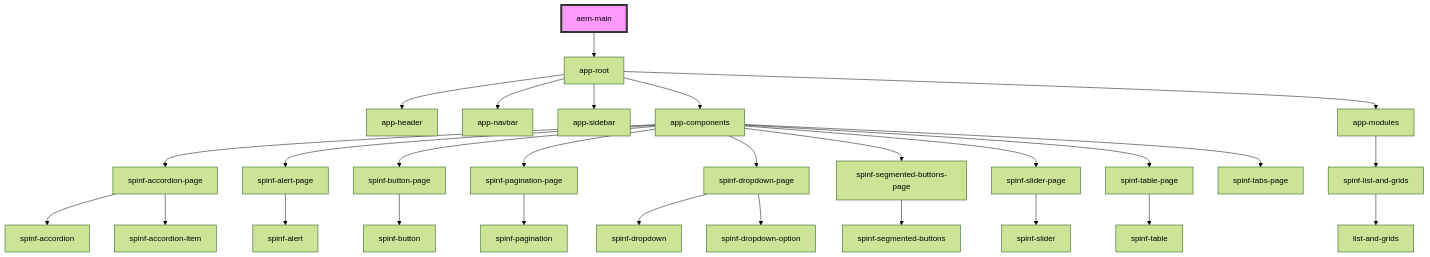
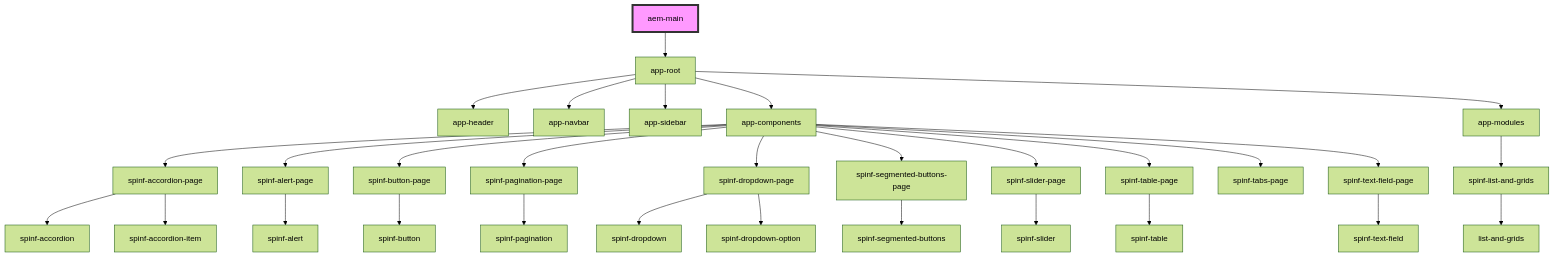
One commit to Diego-Dos-Santos-Accenture/spain-info-stencil changed the diagram in src/readme.md. Above: the diagram before and after it, drawn with Mermaid (forest theme). The commit also changed 22 other files, not shown here.

````diff
--- a/src/readme.md
+++ b/src/readme.md
@@ -15,31 +15,33 @@
 ```mermaid
 graph TD;
   aem-main --> app-root
   app-root --> app-header
   app-root --> app-navbar
   app-root --> app-sidebar
   app-root --> app-components
   app-root --> app-modules
   app-components --> spinf-accordion-page
   app-components --> spinf-alert-page
   app-components --> spinf-button-page
   app-components --> spinf-pagination-page
   app-components --> spinf-dropdown-page
   app-components --> spinf-segmented-buttons-page
   app-components --> spinf-slider-page
   app-components --> spinf-table-page
   app-components --> spinf-tabs-page
+  app-components --> spinf-text-field-page
   spinf-accordion-page --> spinf-accordion
   spinf-accordion-page --> spinf-accordion-item
   spinf-alert-page --> spinf-alert
   spinf-button-page --> spinf-button
   spinf-pagination-page --> spinf-pagination
   spinf-dropdown-page --> spinf-dropdown
   spinf-dropdown-page --> spinf-dropdown-option
   spinf-segmented-buttons-page --> spinf-segmented-buttons
   spinf-slider-page --> spinf-slider
   spinf-table-page --> spinf-table
+  spinf-text-field-page --> spinf-text-field
   app-modules --> spinf-list-and-grids
   spinf-list-and-grids --> list-and-grids
   style aem-main fill:#f9f,stroke:#333,stroke-width:4px
 ```
````
